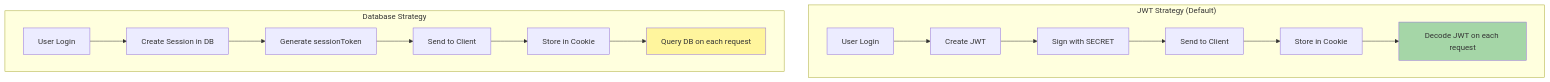
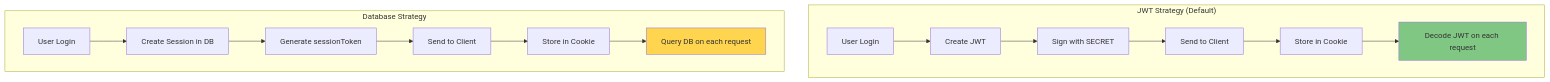
Before and after one commit to inskillflow/auths-1-NEXTJS-introduction: diagram 18 of 39 in 02-DIAGRAMMES_ARCHITECTURES.md, drawn with Mermaid. The commit also changed other lines of this file, not shown here.

````diff
--- a/02-DIAGRAMMES_ARCHITECTURES.md
+++ b/02-DIAGRAMMES_ARCHITECTURES.md
@@ -606,21 +606,21 @@
 ```mermaid
 graph TB
     subgraph "JWT Strategy (Default)"
         A1[User Login] --> B1[Create JWT]
         B1 --> C1[Sign with SECRET]
         C1 --> D1[Send to Client]
         D1 --> E1[Store in Cookie]
         E1 --> F1[Decode JWT on each request]
     end
     
     subgraph "Database Strategy"
         A2[User Login] --> B2[Create Session in DB]
         B2 --> C2[Generate sessionToken]
         C2 --> D2[Send to Client]
         D2 --> E2[Store in Cookie]
         E2 --> F2[Query DB on each request]
     end
     
-    style F1 fill:#a5d6a7
-    style F2 fill:#fff59d
+    style F1 fill:#81c784
+    style F2 fill:#ffd54f
 ```
````
